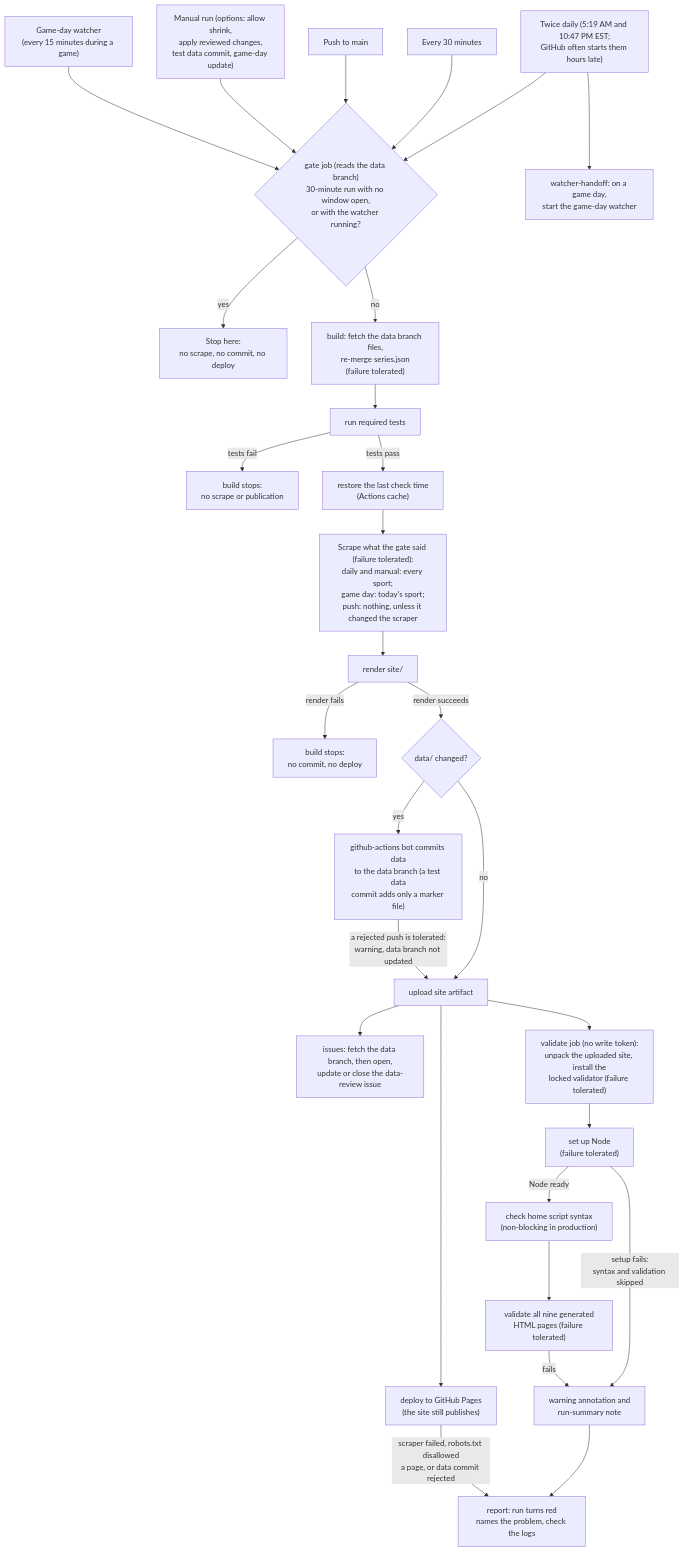
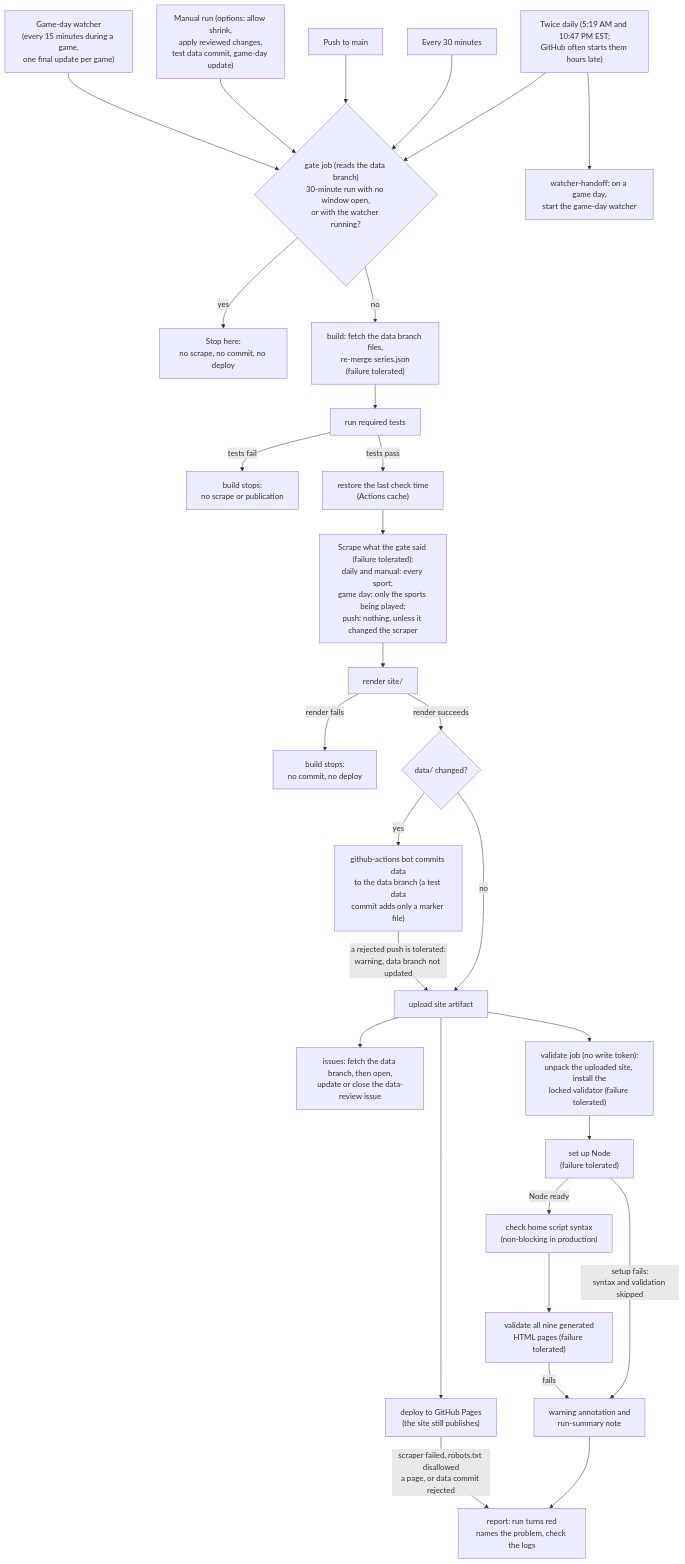
One commit to jacksonmote/DePauw-vs-Wabash-web changed the second of 5 diagrams in README.md. Above: the diagram before and after it, drawn with Mermaid. The commit also changed other lines of this file, not shown here.

First line of the commit message:
Docs: a diagram of how the game-day watcher decides

````diff
--- a/README.md
+++ b/README.md
@@ -247,32 +247,32 @@
 ```mermaid
 flowchart TD
   T1["Twice daily (5:19 AM and 10:47 PM EST;<br/>GitHub often starts them hours late)"] --> G
   T1 --> HO["watcher-handoff: on a game day,<br/>start the game-day watcher"]
   T2["Every 30 minutes"] --> G
   T3["Push to main"] --> G
   T4["Manual run (options: allow shrink,<br/>apply reviewed changes,<br/>test data commit, game-day update)"] --> G
-  T5["Game-day watcher<br/>(every 15 minutes during a game)"] --> G
+  T5["Game-day watcher<br/>(every 15 minutes during a game,<br/>one final update per game)"] --> G
   G{"gate job (reads the data branch)<br/>30-minute run with no window open,<br/>or with the watcher running?"}
   G -- "yes" --> X["Stop here:<br/>no scrape, no commit, no deploy"]
   G -- "no" --> F["build: fetch the data branch files,<br/>re-merge series.json<br/>(failure tolerated)"]
   F --> B["run required tests"]
   B -- "tests fail" --> TF["build stops:<br/>no scrape or publication"]
   B -- "tests pass" --> LC2["restore the last check time<br/>(Actions cache)"]
-  LC2 --> S["Scrape what the gate said (failure tolerated):<br/>daily and manual: every sport;<br/>game day: today's sport;<br/>push: nothing, unless it changed the scraper"]
+  LC2 --> S["Scrape what the gate said (failure tolerated):<br/>daily and manual: every sport;<br/>game day: only the sports being played;<br/>push: nothing, unless it changed the scraper"]
   S --> R["render site/"]
   R -- "render fails" --> RF["build stops:<br/>no commit, no deploy"]
   R -- "render succeeds" --> C{"data/ changed?"}
   C -- "yes" --> CM["github-actions bot commits data<br/>to the data branch (a test data<br/>commit adds only a marker file)"]
   C -- "no" --> U
   CM -- "a rejected push is tolerated:<br/>warning, data branch not updated" --> U["upload site artifact"]
   U --> D["deploy to GitHub Pages<br/>(the site still publishes)"]
   U --> IS["issues: fetch the data branch, then open,<br/>update or close the data-review issue"]
   U --> VJ["validate job (no write token):<br/>unpack the uploaded site, install the<br/>locked validator (failure tolerated)"]
   VJ --> N["set up Node<br/>(failure tolerated)"]
   N -- "Node ready" --> JS["check home script syntax<br/>(non-blocking in production)"]
   JS --> V["validate all nine generated<br/>HTML pages (failure tolerated)"]
   N -- "setup fails:<br/>syntax and validation skipped" --> W["warning annotation and<br/>run-summary note"]
   V -- "fails" --> W
   W --> RP
   D -- "scraper failed, robots.txt disallowed<br/>a page, or data commit rejected" --> RP["report: run turns red<br/>names the problem, check the logs"]
 ```
````
